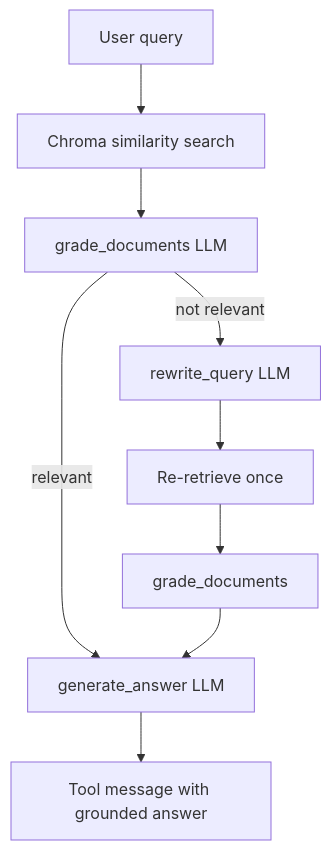
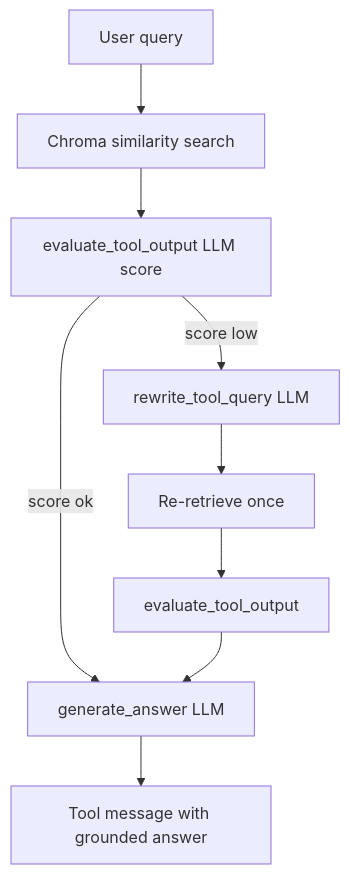
The fifth of 6 diagrams in documentation.md (Edwinian/deep-agent), drawn with Mermaid before and after one commit. The commit also changed other lines of this file and 9 other files, not shown here.

First line of the commit message:
Introduce generalized tool retry for transient errors and output quality

````diff
--- a/documentation.md
+++ b/documentation.md
@@ -312,11 +312,11 @@
 ```mermaid
 flowchart TD
     Q[User query] --> R[Chroma similarity search]
-    R --> G[grade_documents LLM]
-    G -->|relevant| GA[generate_answer LLM]
-    G -->|not relevant| RW[rewrite_query LLM]
+    R --> E[evaluate_tool_output LLM score]
+    E -->|score ok| GA[generate_answer LLM]
+    E -->|score low| RW[rewrite_tool_query LLM]
     RW --> R2[Re-retrieve once]
-    R2 --> G2[grade_documents]
-    G2 --> GA
+    R2 --> E2[evaluate_tool_output]
+    E2 --> GA
     GA --> TM[Tool message with grounded answer]
 ```
````
